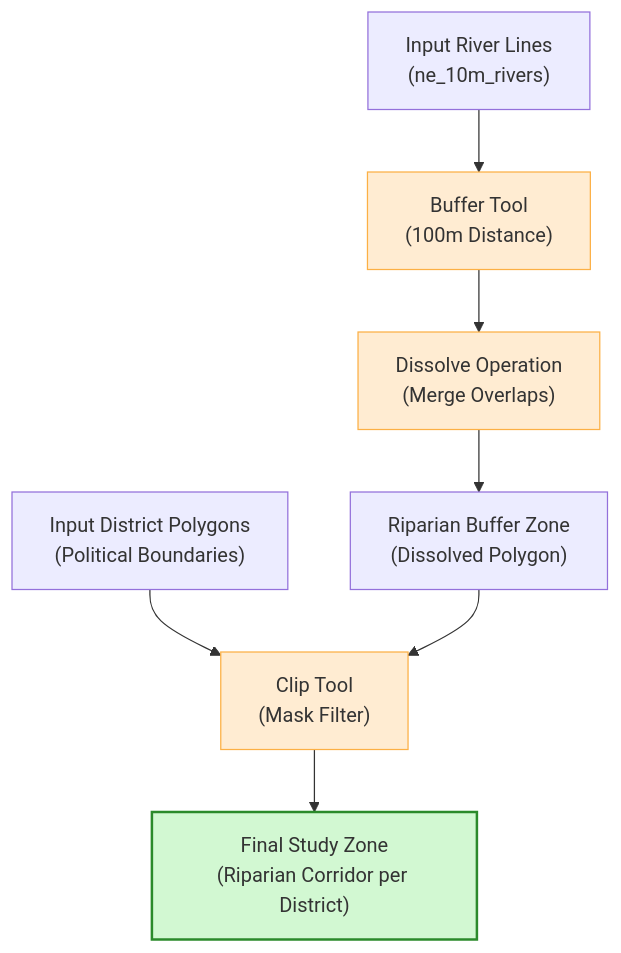
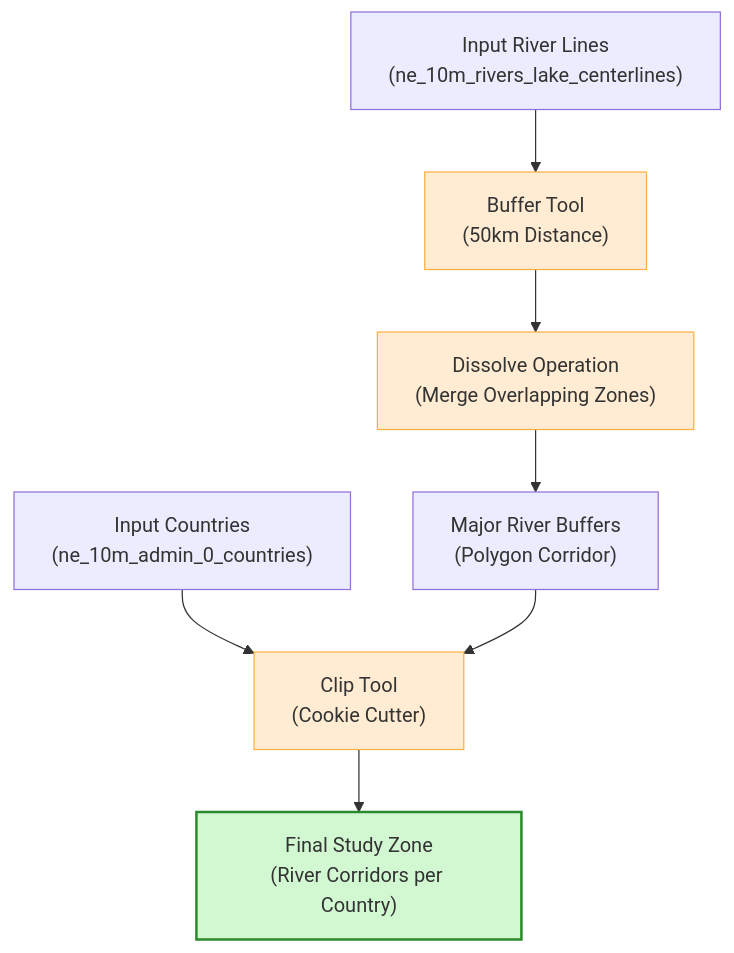
One commit to Rotten-Grapes-Pvt-Ltd/QGIS-WECS changed the diagram in docs/day3/06_vector_geoprocessing.md. Above: the diagram before and after it, drawn with Mermaid. The commit also changed other lines of this file and 14 other files, not shown here.

````diff
--- a/docs/day3/06_vector_geoprocessing.md
+++ b/docs/day3/06_vector_geoprocessing.md
@@ -72,16 +107,16 @@
 ```mermaid
 graph TD
-    In_R["Input River Lines<br/>(ne_10m_rivers)"] --> Buf["Buffer Tool<br/>(100m Distance)"]
-    Buf --> Diss["Dissolve Operation<br/>(Merge Overlaps)"]
-    Diss --> Out_B["Riparian Buffer Zone<br/>(Dissolved Polygon)"]
+    In_R["Input River Lines<br/>(ne_10m_rivers_lake_centerlines)"] --> Buf["Buffer Tool<br/>(50km Distance)"]
+    Buf --> Diss["Dissolve Operation<br/>(Merge Overlapping Zones)"]
+    Diss --> Out_B["Major River Buffers<br/>(Polygon Corridor)"]
     
-    In_D["Input District Polygons<br/>(Political Boundaries)"] --> Clip["Clip Tool<br/>(Mask Filter)"]
+    In_C["Input Countries<br/>(ne_10m_admin_0_countries)"] --> Clip["Clip Tool<br/>(Cookie Cutter)"]
     Out_B --> Clip
     
-    Clip --> Out_C["Final Study Zone<br/>(Riparian Corridor per District)"]
+    Clip --> Out_C["Final Study Zone<br/>(River Corridors per Country)"]
     
     style Buf fill:#ffecd2,stroke:#fcb045,stroke-width:1px
     style Diss fill:#ffecd2,stroke:#fcb045,stroke-width:1px
     style Clip fill:#ffecd2,stroke:#fcb045,stroke-width:1px
     style Out_C fill:#d2f8d2,stroke:#2b8a2b,stroke-width:2px
 ```
````
